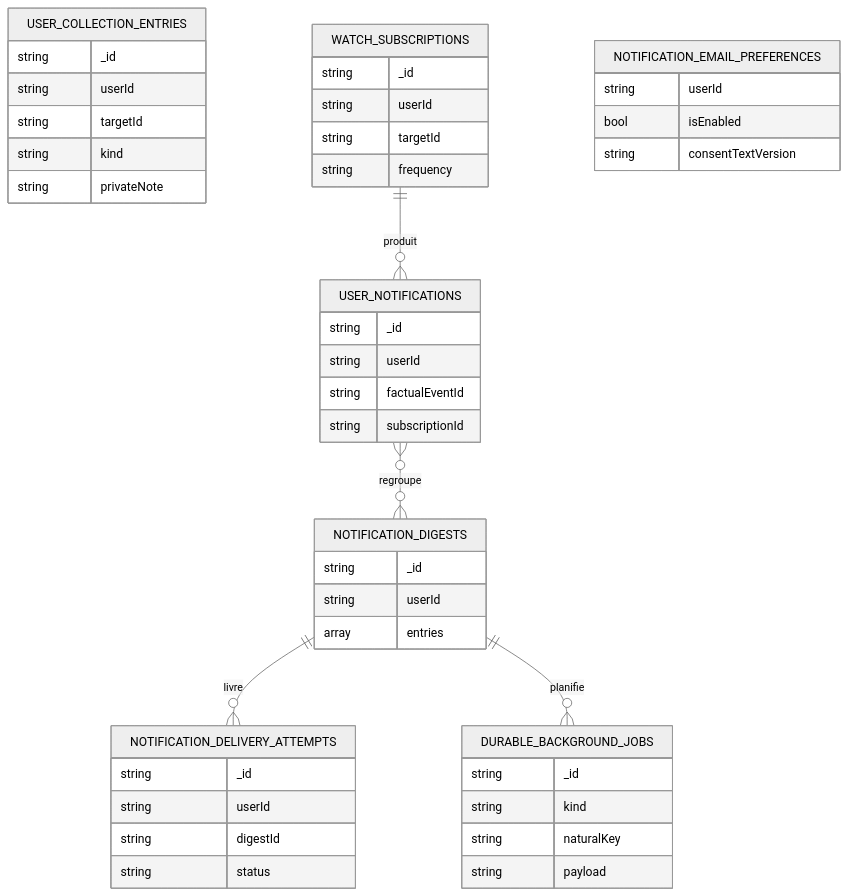
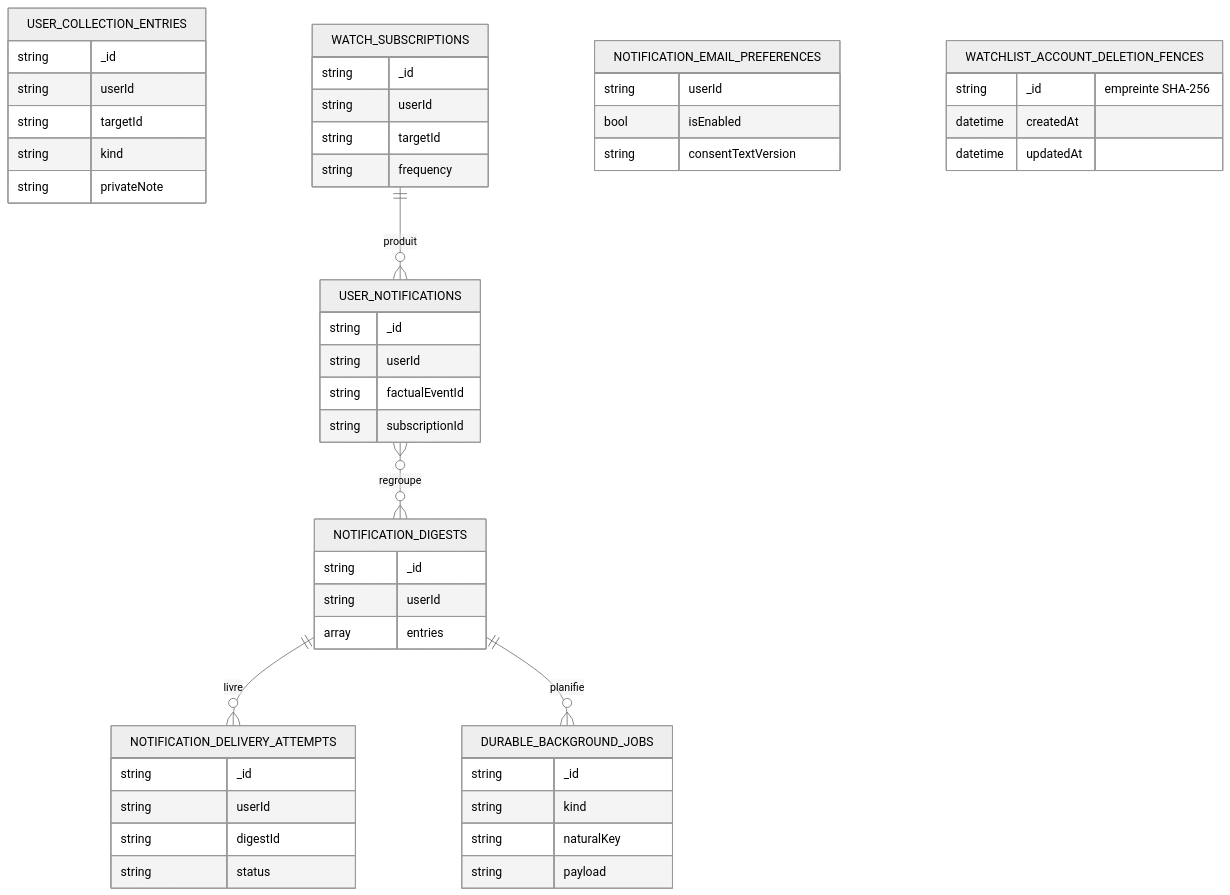
One commit to Ced59/AmusementParkProject changed the fourth of 4 diagrams in docs/architecture/product-growth-watch-11-data-lifecycle-2026-09-17.md. Above: the diagram before and after it, drawn with Mermaid (neutral theme). The commit also changed other lines of this file and 25 other files, not shown here.

Commit message:
fix(watch): fence account deletion and export budget

````diff
--- a/docs/architecture/product-growth-watch-11-data-lifecycle-2026-09-17.md
+++ b/docs/architecture/product-growth-watch-11-data-lifecycle-2026-09-17.md
@@ -138,49 +149,54 @@
 ```mermaid
 erDiagram
     USER_COLLECTION_ENTRIES {
       string _id
       string userId
       string targetId
       string kind
       string privateNote
     }
     WATCH_SUBSCRIPTIONS {
       string _id
       string userId
       string targetId
       string frequency
     }
     USER_NOTIFICATIONS {
       string _id
       string userId
       string factualEventId
       string subscriptionId
     }
     NOTIFICATION_DIGESTS {
       string _id
       string userId
       array entries
     }
     NOTIFICATION_EMAIL_PREFERENCES {
       string userId
       bool isEnabled
       string consentTextVersion
     }
     NOTIFICATION_DELIVERY_ATTEMPTS {
       string _id
       string userId
       string digestId
       string status
     }
     DURABLE_BACKGROUND_JOBS {
       string _id
       string kind
       string naturalKey
       string payload
     }
+    WATCHLIST_ACCOUNT_DELETION_FENCES {
+      string _id "empreinte SHA-256"
+      datetime createdAt
+      datetime updatedAt
+    }
 
     WATCH_SUBSCRIPTIONS ||--o{ USER_NOTIFICATIONS : produit
     USER_NOTIFICATIONS }o--o{ NOTIFICATION_DIGESTS : regroupe
     NOTIFICATION_DIGESTS ||--o{ NOTIFICATION_DELIVERY_ATTEMPTS : livre
     NOTIFICATION_DIGESTS ||--o{ DURABLE_BACKGROUND_JOBS : planifie
 ```
````
